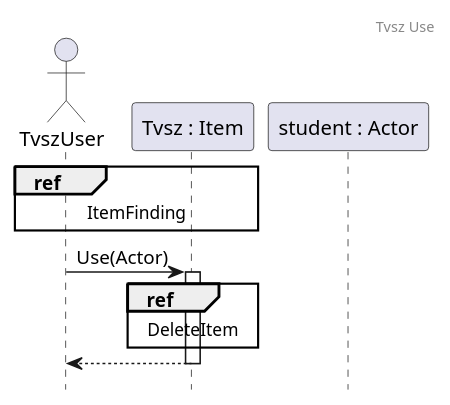
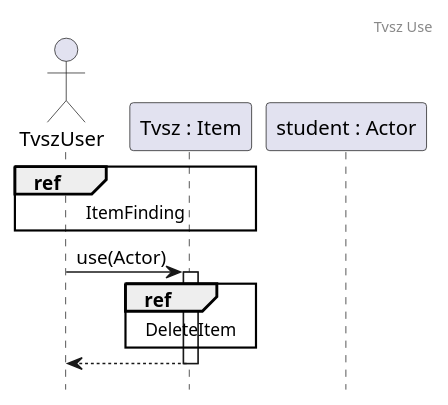
Before and after one commit to Kristof-me/Logarlec: the diagram in docs/sequence/TvszUse.puml, drawn with PlantUML. The commit also changed 4 other files, not shown here.

```diff
--- a/docs/sequence/TvszUse.puml
+++ b/docs/sequence/TvszUse.puml
@@ -1,15 +1,15 @@
 @startuml TvszUse
 header Tvsz Use
 hide footbox
 
-' might be vise to rename this xd
+' might be wise to rename this xd
 actor Actor_ as "TvszUser"
 participant Item as "Tvsz : Item"
 participant Actor as "student : Actor"
 ref over Actor_, Item: ItemFinding
 
-Actor_ -> Item++: Use(Actor)
+Actor_ -> Item ++ : use(Actor)
 ref over Item: DeleteItem
 return
 
 @enduml
```
